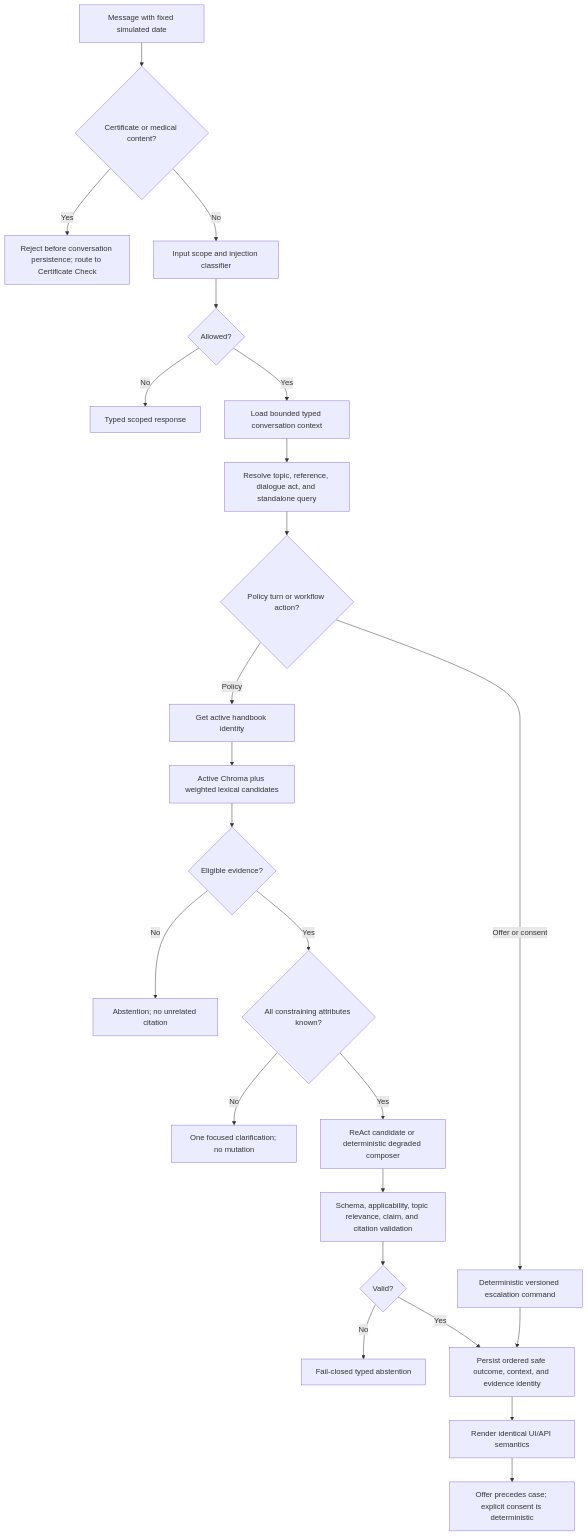
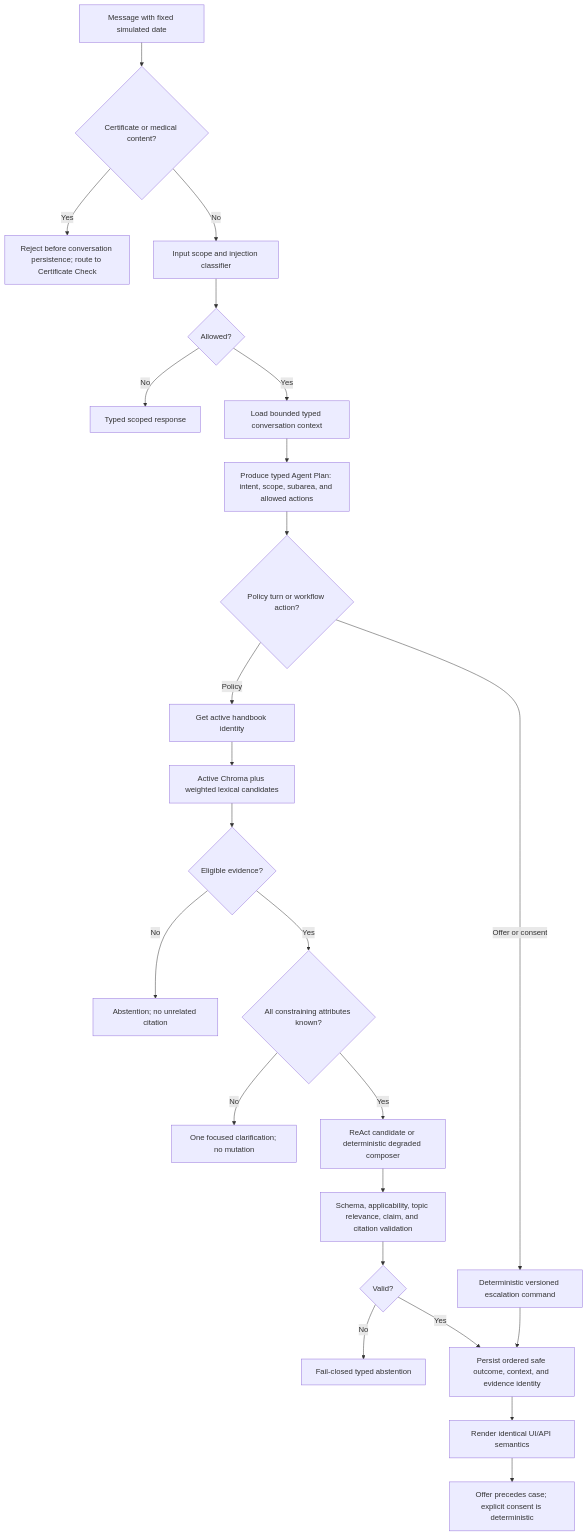
Before and after one commit to Mateogas/STAI: the second of 6 diagrams in docs/ARCHITECTURE_DIAGRAMS.md, drawn with Mermaid. The commit also changed other lines of this file and 59 other files, not shown here.

````diff
--- a/docs/ARCHITECTURE_DIAGRAMS.md
+++ b/docs/ARCHITECTURE_DIAGRAMS.md
@@ -58,26 +58,26 @@
 ```mermaid
 flowchart TD
     Start["Message with fixed simulated date"] --> MedicalRoute{"Certificate or medical content?"}
     MedicalRoute -- Yes --> RejectChat["Reject before conversation persistence; route to Certificate Check"]
     MedicalRoute -- No --> Classify["Input scope and injection classifier"]
     Classify --> Allowed{"Allowed?"}
     Allowed -- No --> Scoped["Typed scoped response"]
     Allowed -- Yes --> Context["Load bounded typed conversation context"]
-    Context --> Resolve["Resolve topic, reference, dialogue act, and standalone query"]
+    Context --> Resolve["Produce typed Agent Plan: intent, scope, subarea, and allowed actions"]
     Resolve --> Action{"Policy turn or workflow action?"}
     Action -- "Offer or consent" --> Workflow["Deterministic versioned escalation command"]
     Action -- "Policy" --> Version["Get active handbook identity"]
     Version --> Search["Active Chroma plus weighted lexical candidates"]
     Search --> Found{"Eligible evidence?"}
     Found -- No --> Abstain["Abstention; no unrelated citation"]
     Found -- Yes --> Applicable{"All constraining attributes known?"}
     Applicable -- No --> Clarify["One focused clarification; no mutation"]
     Applicable -- Yes --> Claim["ReAct candidate or deterministic degraded composer"]
     Claim --> Validate["Schema, applicability, topic relevance, claim, and citation validation"]
     Validate --> Valid{"Valid?"}
     Valid -- No --> SafeAbstain["Fail-closed typed abstention"]
     Valid -- Yes --> Persist["Persist ordered safe outcome, context, and evidence identity"]
     Workflow --> Persist
     Persist --> Render["Render identical UI/API semantics"]
     Render --> OfferOnly["Offer precedes case; explicit consent is deterministic"]
 ```
````
